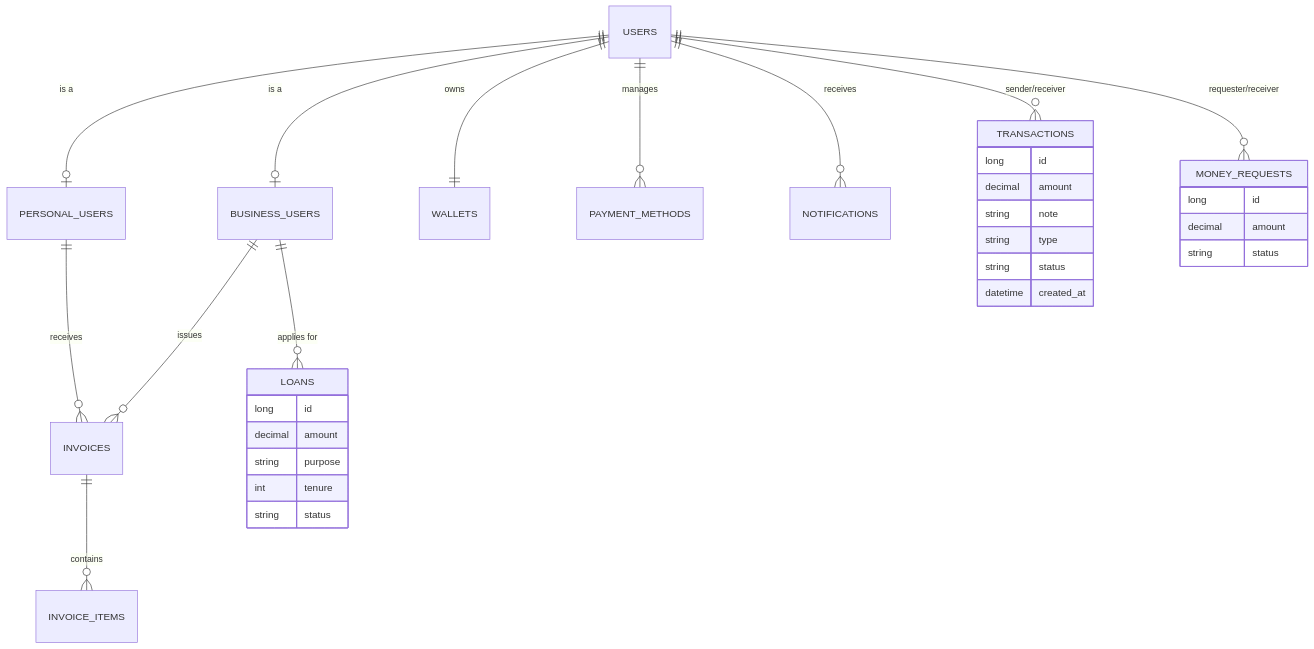
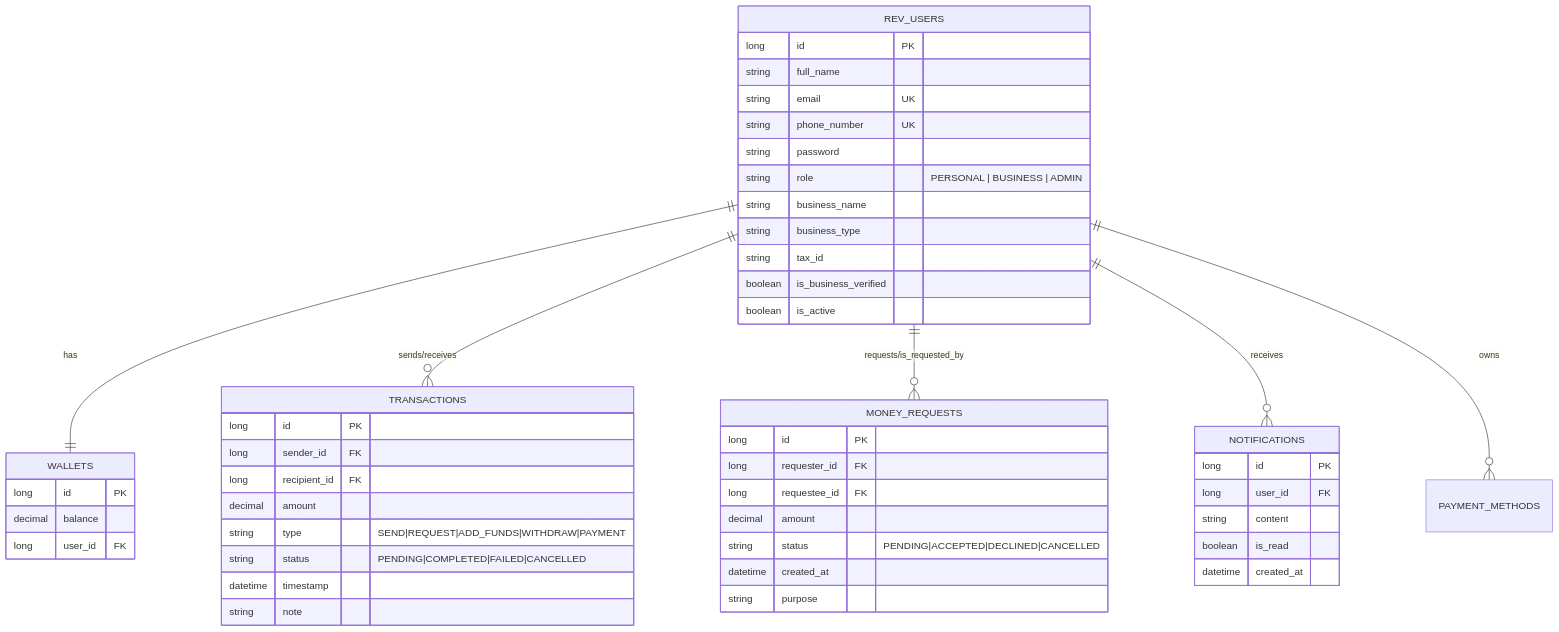
One commit to iabdulgaffoor/p2_revpay changed the diagram in docs/ERD.md. Above: the diagram before and after it, drawn with Mermaid. The commit also changed other lines of this file and 68 other files, not shown here.

````diff
--- a/docs/ERD.md
+++ b/docs/ERD.md
@@ -5,41 +5,57 @@
 ```mermaid
 erDiagram
-    USERS ||--o| PERSONAL_USERS : "is a"
-    USERS ||--o| BUSINESS_USERS : "is a"
-    USERS ||--|| WALLETS : "owns"
-    USERS ||--o{ PAYMENT_METHODS : "manages"
-    USERS ||--o{ NOTIFICATIONS : "receives"
+    REV_USERS ||--|| WALLETS : "has"
+    REV_USERS ||--o{ TRANSACTIONS : "sends/receives"
+    REV_USERS ||--o{ MONEY_REQUESTS : "requests/is_requested_by"
+    REV_USERS ||--o{ NOTIFICATIONS : "receives"
+    REV_USERS ||--o{ PAYMENT_METHODS : "owns"
     
-    PERSONAL_USERS ||--o{ INVOICES : "receives"
-    BUSINESS_USERS ||--o{ INVOICES : "issues"
-    BUSINESS_USERS ||--o{ LOANS : "applies for"
-    
-    INVOICES ||--o{ INVOICE_ITEMS : "contains"
-    
+    REV_USERS {
+        long id PK
+        string full_name
+        string email UK
+        string phone_number UK
+        string password
+        string role "PERSONAL | BUSINESS | ADMIN"
+        string business_name
+        string business_type
+        string tax_id
+        boolean is_business_verified
+        boolean is_active
+    }
+
+    WALLETS {
+        long id PK
+        decimal balance
+        long user_id FK
+    }
+
     TRANSACTIONS {
-        long id
+        long id PK
+        long sender_id FK
+        long recipient_id FK
         decimal amount
+        string type "SEND|REQUEST|ADD_FUNDS|WITHDRAW|PAYMENT"
+        string status "PENDING|COMPLETED|FAILED|CANCELLED"
+        datetime timestamp
         string note
-        string type
-        string status
+    }
+
+    MONEY_REQUESTS {
+        long id PK
+        long requester_id FK
+        long requestee_id FK
+        decimal amount
+        string status "PENDING|ACCEPTED|DECLINED|CANCELLED"
+        datetime created_at
+        string purpose
+    }
+
+    NOTIFICATIONS {
+        long id PK
+        long user_id FK
+        string content
+        boolean is_read
         datetime created_at
     }
-    
-    USERS ||--o{ TRANSACTIONS : "sender/receiver"
-    
-    LOANS {
-        long id
-        decimal amount
-        string purpose
-        int tenure
-        string status
-    }
-    
-    MONEY_REQUESTS {
-        long id
-        decimal amount
-        string status
-    }
-    
-    USERS ||--o{ MONEY_REQUESTS : "requester/receiver"
 ```
````
